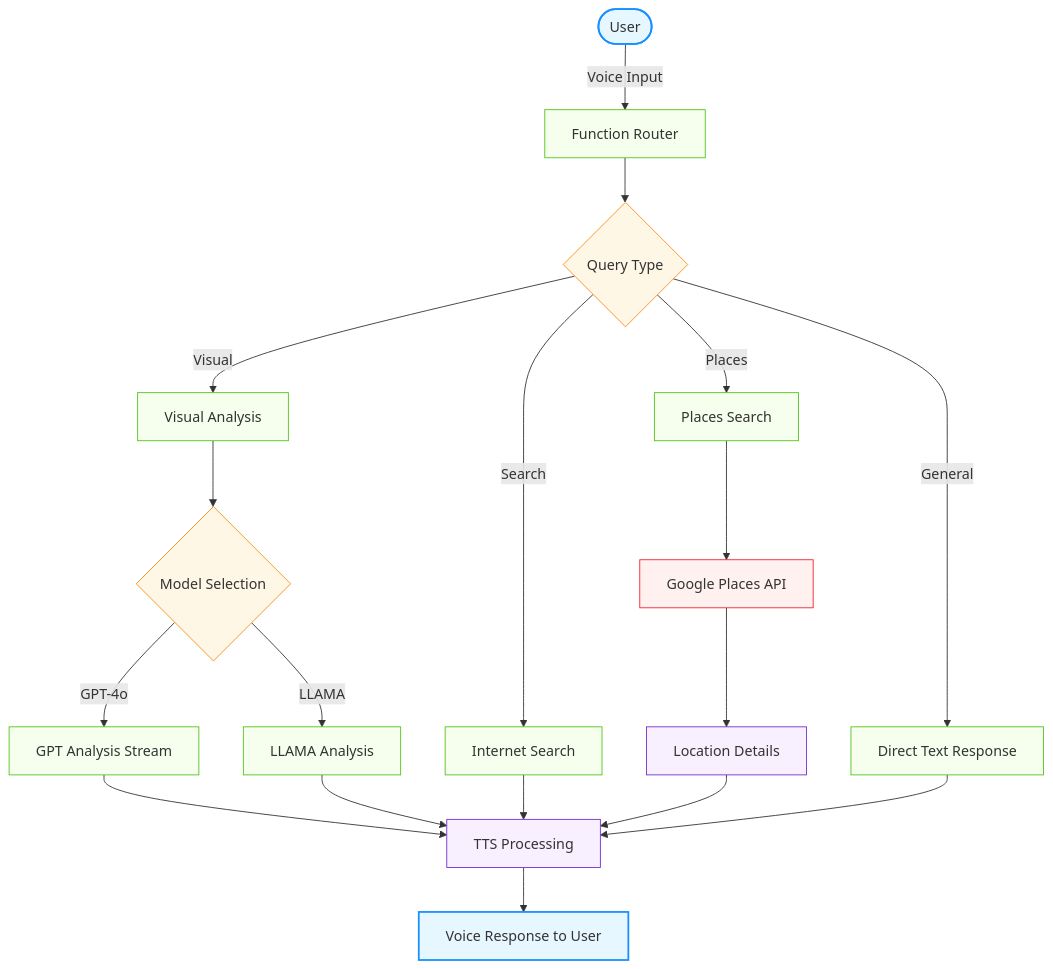
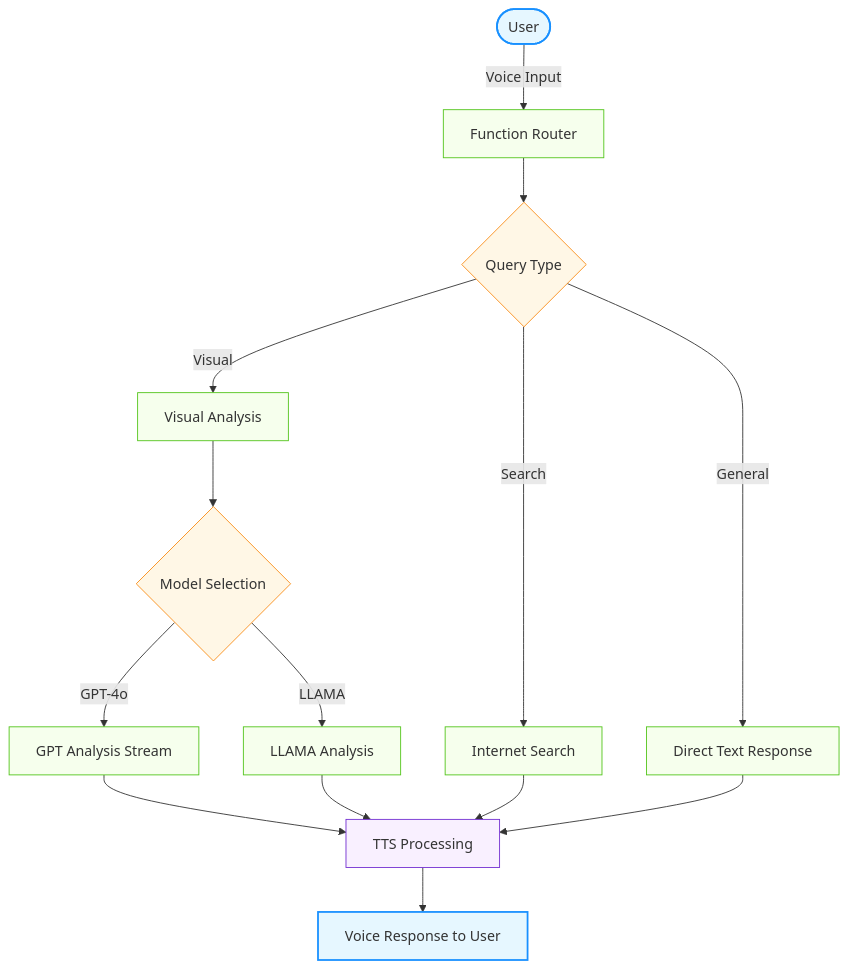
The diagram in README.md (codingaslu/Voice-Vision-Assistant-for-Blind), drawn with Mermaid before and after one commit. The commit also changed other lines of this file and 4 other files, not shown here.

````diff
--- a/README.md
+++ b/README.md
@@ -11,42 +12,34 @@
 ```mermaid
 graph TD
     %% Main flow - simplified
     User([User]) --> |"Voice Input"| Router["Function Router"]
     Router --> QueryType{"Query Type"}
     
     %% Simplified branches
     QueryType -->|"Visual"| VisualProcess["Visual Analysis"]
     QueryType -->|"Search"| SearchProcess["Internet Search"]
-    QueryType -->|"Places"| PlacesProcess["Places Search"]
     QueryType -->|"General"| TextProcess["Direct Text Response"]
     
     %% Simplified visual path
     VisualProcess --> ModelChoice{"Model Selection"}
     ModelChoice -->|"GPT-4o"| GPTAnalysis["GPT Analysis Stream"]
     ModelChoice -->|"LLAMA"| LLAMAAnalysis["LLAMA Analysis"]
     
-    %% Places path
-    PlacesProcess --> GooglePlaces["Google Places API"]
-    GooglePlaces --> PlacesResults["Location Details"]
-    
     %% Output consolidation - simplified
     GPTAnalysis --> Response["TTS Processing"]
     LLAMAAnalysis --> Response
     SearchProcess --> Response
-    PlacesResults --> Response
     TextProcess --> Response
     Response --> Deliver["Voice Response to User"]
     
     %% Styling
     classDef interface fill:#e6f7ff,stroke:#1890ff,stroke-width:2px
     classDef process fill:#f6ffed,stroke:#52c41a,stroke-width:1px
     classDef decision fill:#fff7e6,stroke:#fa8c16,stroke-width:1px
     classDef output fill:#f9f0ff,stroke:#722ed1,stroke-width:1px
-    classDef api fill:#fff1f0,stroke:#f5222d,stroke-width:1px
     
     class User,Deliver interface
-    class Router,VisualProcess,GPTAnalysis,LLAMAAnalysis,SearchProcess,TextProcess,PlacesProcess process
+    class Router,VisualProcess,GPTAnalysis,LLAMAAnalysis,SearchProcess,TextProcess process
     class QueryType,ModelChoice decision
-    class Response,PlacesResults output
-    class GooglePlaces api
+    class Response output
 ```
````
